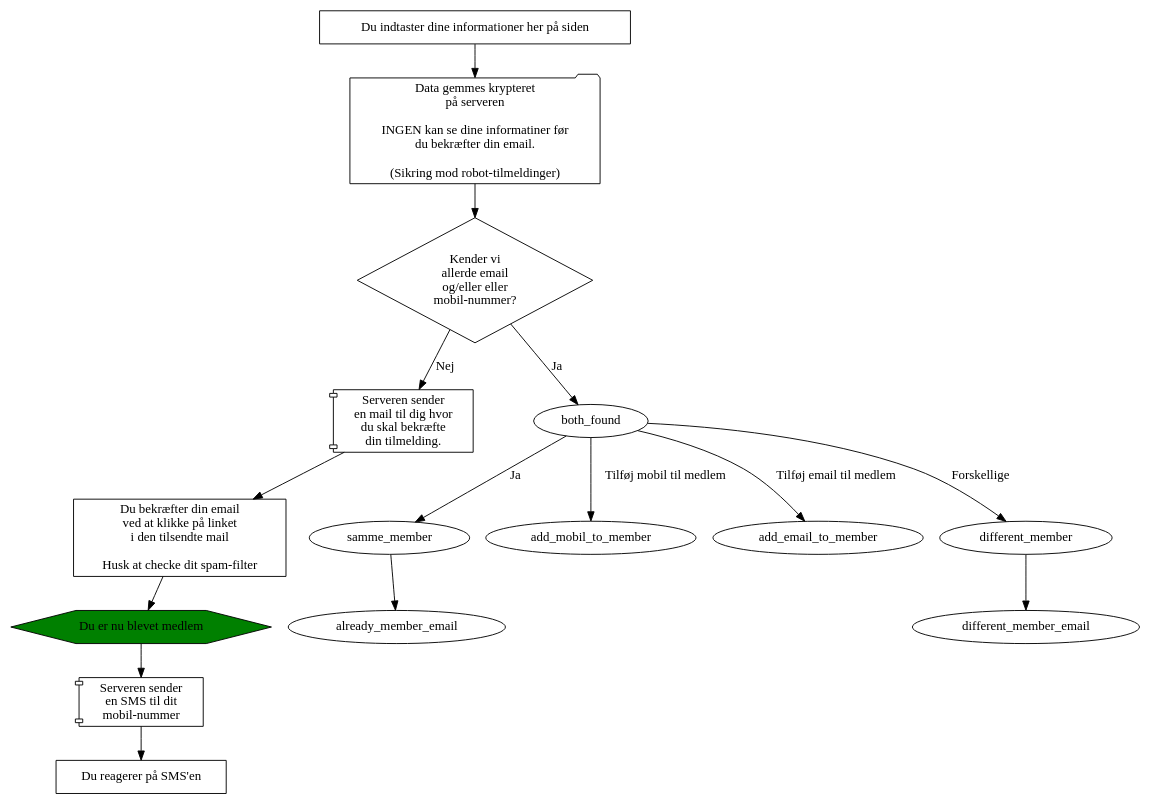
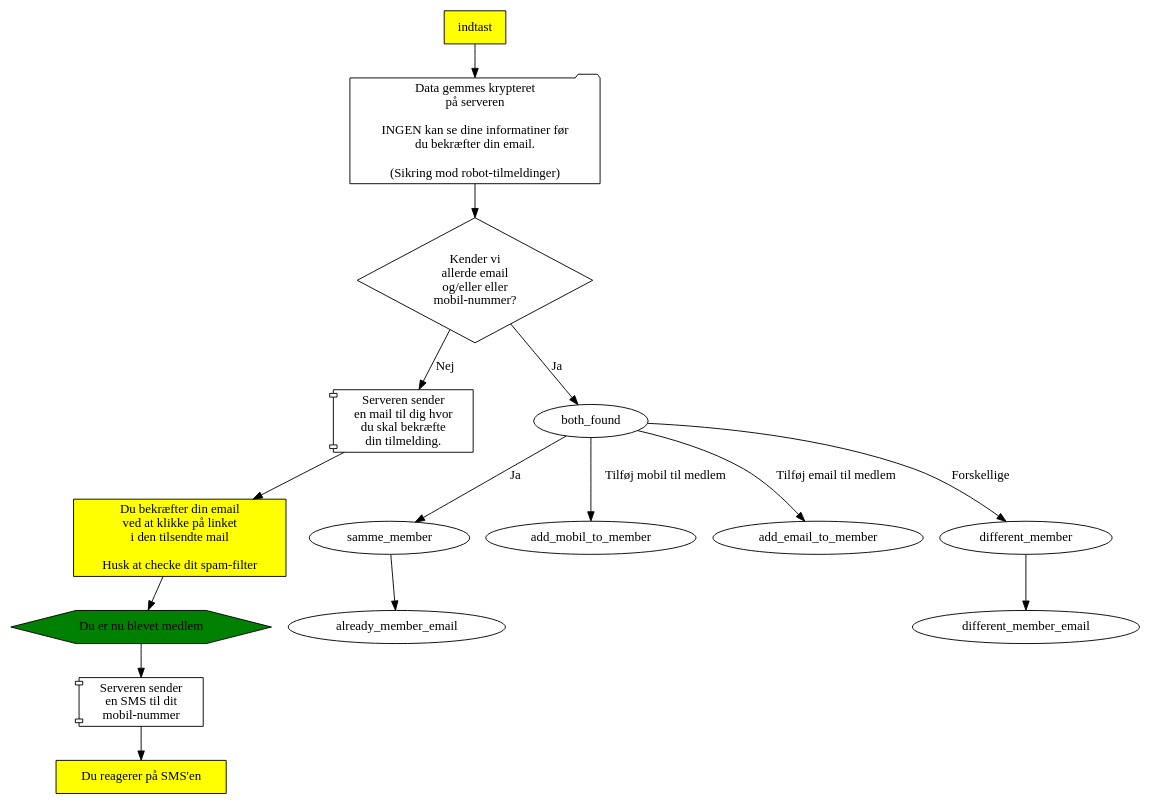
One commit to alslug/alslug.dk changed the diagram in medlemskab/indmeldelse.dot. Above: the diagram before and after it, drawn with Graphviz.

```diff
--- a/medlemskab/indmeldelse.dot
+++ b/medlemskab/indmeldelse.dot
@@ -1,18 +1,24 @@
 digraph indmeldelse {
-  indtast                [shape=box       label="Du indtaster dine informationer her på siden"];
-  send_tilmelding        [shape=folder    label="Data gemmes krypteret\npå serveren\n\nINGEN kan se dine informatiner før\ndu bekræfter din email.\n\n(Sikring mod robot-tilmeldinger)"];
-  findes_allerede        [shape=diamond   label="Kender vi\nallerde email\nog/eller eller\nmobil-nummer?"];
+  { # Dine handlinger
+    node [ shape=box style=filled fillcolor=yellow ];
+    indtast                [abel="Du indtaster dine informationer her på siden"];
+    confirm_email          [label="Du bekræfter din email\nved at klikke på linket\ni den tilsendte mail\n\nHusk at checke dit spam-filter"];
+    confirm_sms            [label="Du reagerer på SMS'en"];
+  }
+  send_tilmelding        [shape=folder label="Data gemmes krypteret\npå serveren\n\nINGEN kan se dine informatiner før\ndu bekræfter din email.\n\n(Sikring mod robot-tilmeldinger)"];
+  { # Server-aktiviteter
+    node [shape=component];
+    server_sender_ny_email [label="Serveren sender\nen mail til dig hvor\ndu skal bekræfte\ndin tilmelding."];
+    server_sender_sms      [label="Serveren sender\nen SMS til dit\nmobil-nummer"];
+  }
 
-  server_sender_ny_email [shape=component label="Serveren sender\nen mail til dig hvor\ndu skal bekræfte\ndin tilmelding."];
-  confirm_email          [shape=box       label="Du bekræfter din email\nved at klikke på linket\ni den tilsendte mail\n\nHusk at checke dit spam-filter"];
-  du_biver_medlem        [shape=hexagon   label="Du er nu blevet medlem" style=filled fillcolor=green ];
-  server_sender_sms      [shape=component label="Serveren sender\nen SMS til dit\nmobil-nummer"];
-  confirm_sms            [shape=box       label="Du reagerer på SMS'en"];
+  findes_allerede        [shape=diamond                                 label="Kender vi\nallerde email\nog/eller eller\nmobil-nummer?"];
+  du_biver_medlem        [shape=hexagon   style=filled fillcolor=green  label="Du er nu blevet medlem"];
   
   indtast -> send_tilmelding -> findes_allerede;
                                 findes_allerede -> server_sender_ny_email [label="Nej"];  server_sender_ny_email -> confirm_email -> du_biver_medlem -> server_sender_sms -> confirm_sms;
                                 findes_allerede -> both_found             [label="Ja"];   both_found -> samme_member        [label="Ja"];                      samme_member -> already_member_email;
                                                                                           both_found -> add_mobil_to_member [label="Tilføj mobil til medlem"];
                                                                                           both_found -> add_email_to_member [label="Tilføj email til medlem"];
                                                                                           both_found -> different_member    [label="Forskellige"];             different_member -> different_member_email;
 }
```
